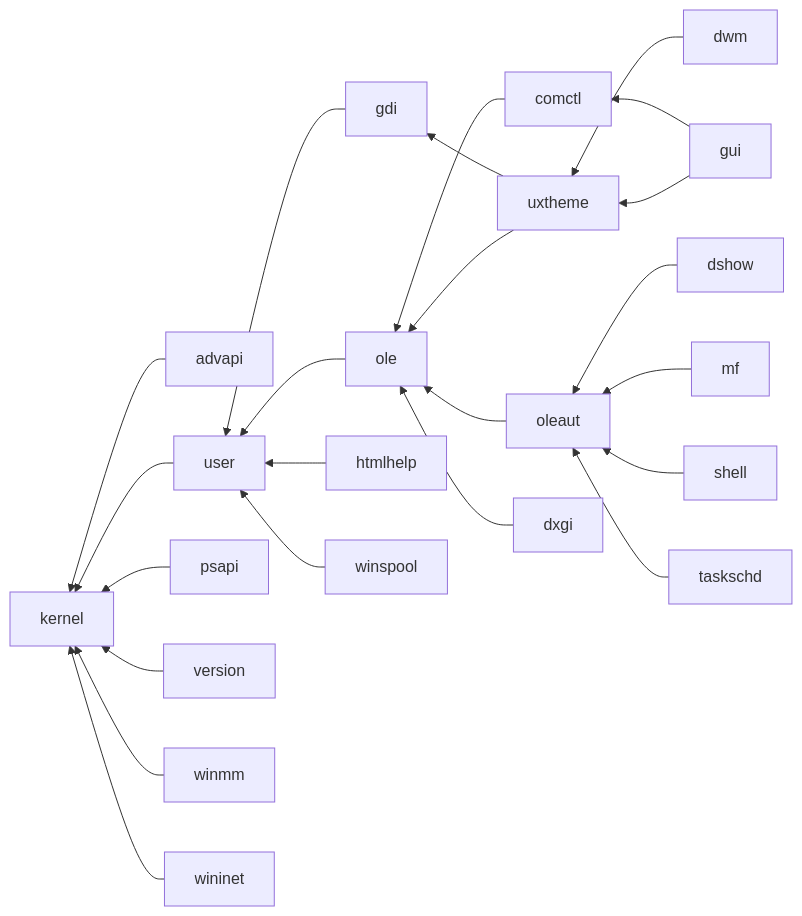
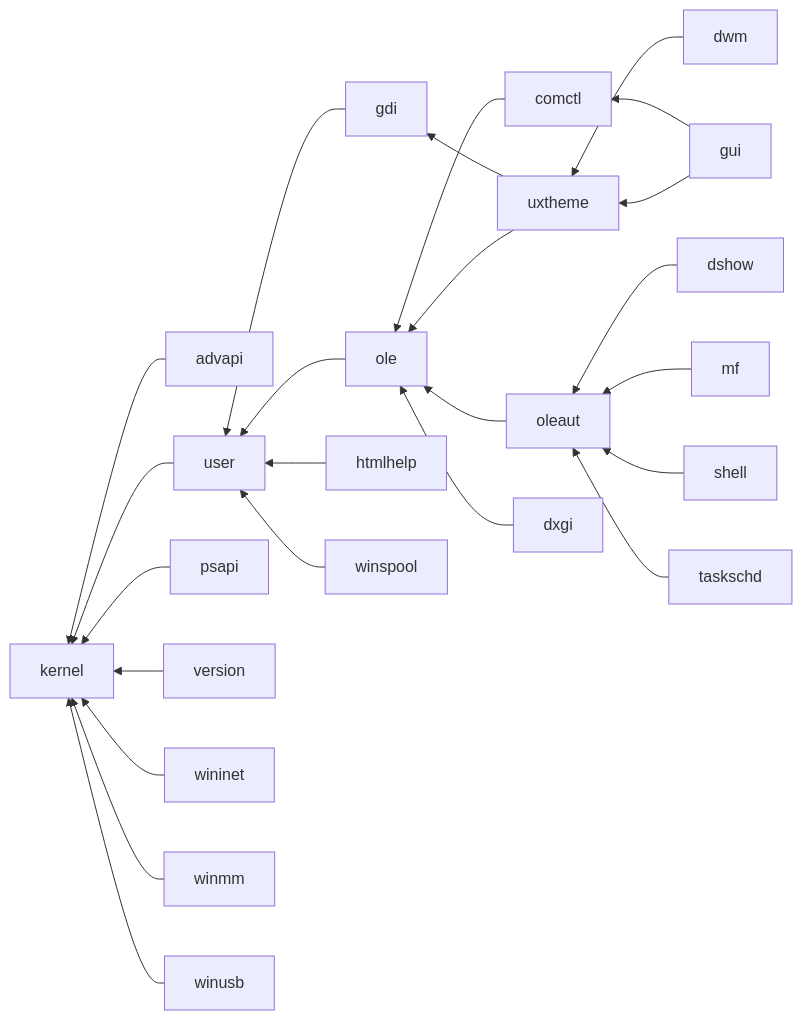
One commit to rodrigocfd/winsafe changed the diagram in features-chart.md. Above: the diagram before and after it, drawn with Mermaid. The commit also changed 10 other files, not shown here.

````diff
--- a/features-chart.md
+++ b/features-chart.md
@@ -5,25 +5,26 @@
 ```mermaid
 flowchart RL
     advapi --> kernel
     comctl --> ole
     dshow --> oleaut
     dwm --> uxtheme
     dxgi --> ole
     gdi --> user
     gui --> comctl
     gui --> uxtheme
     htmlhelp --> user
     mf --> oleaut
     ole --> user
     oleaut --> ole
     psapi --> kernel
     shell --> oleaut
     taskschd --> oleaut
     user --> kernel
     uxtheme --> gdi
     uxtheme --> ole
     version --> kernel
+    wininet --> kernel
     winmm --> kernel
-    wininet --> kernel
     winspool --> user
+    winusb --> kernel
 ```
````
